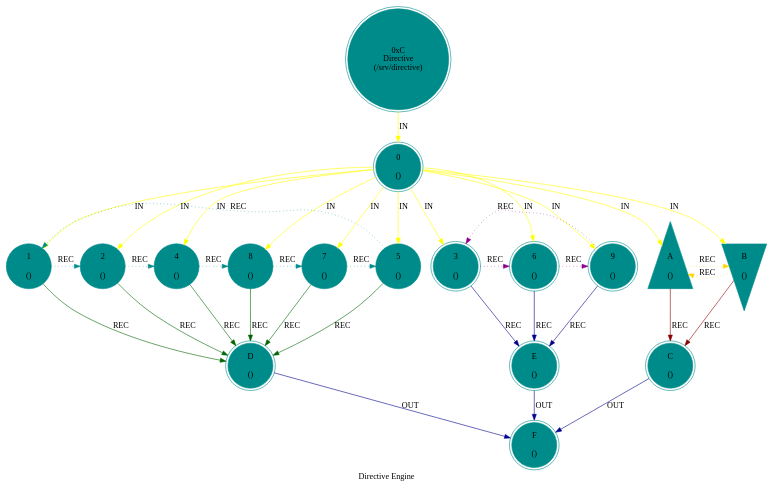
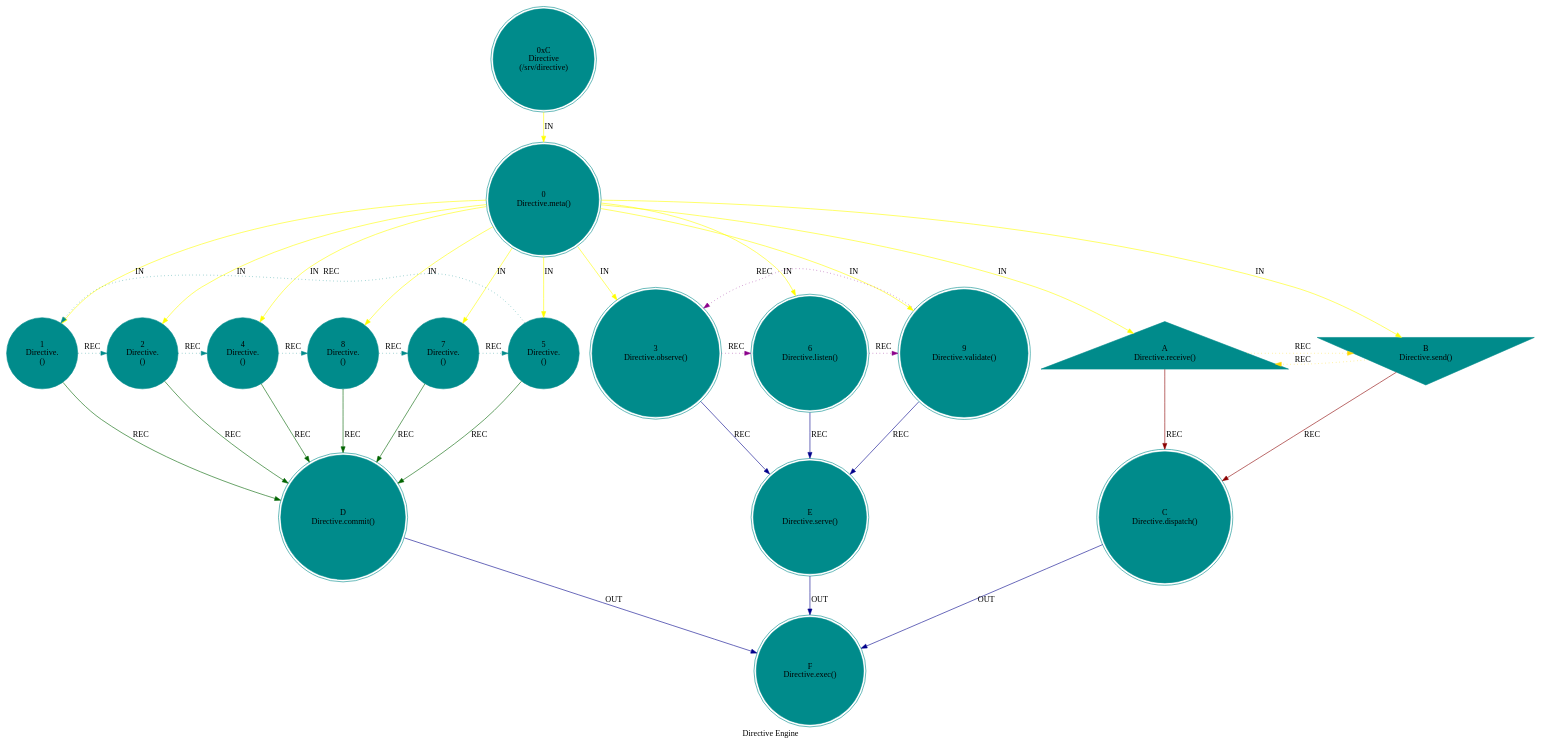
One commit to cilang/mythos changed the diagram in src/core/mythos_srv_directive.dot. Above: the diagram before and after it, drawn with Graphviz. The commit also changed 14 other files, not shown here.

```diff
--- a/src/core/mythos_srv_directive.dot
+++ b/src/core/mythos_srv_directive.dot
@@ -1,44 +1,44 @@
 digraph G {
     label = "Directive Engine";
     style = filled;
     color = red;
     comment = "";
     node [shape = circle; style = filled; color = darkcyan;];
     
     spark_c_mythos_t [label = "0xC\nDirective\n(/srv/directive)";shape = doublecircle;];
     
     // The Sacred 3-6-9 (Boundary of Perception).
     // "If you knew the magnificence of 3, 6, and 9, you would have a key to the universe." — Tesla.
     // The 1-2-4-8-7-5 Vortex (Boundary of Comprehension).
-    spark_0_directive_t [label = "0\n\n()";shape = doublecircle;comment = "";];
-    spark_1_directive_t [label = "1\n\n()";shape = circle;comment = "";];
-    spark_2_directive_t [label = "2\n\n()";shape = circle;comment = "";];
-    spark_4_directive_t [label = "4\n\n()";shape = circle;comment = "";];
-    spark_8_directive_t [label = "8\n\n()";shape = circle;comment = "";];
-    spark_7_directive_t [label = "7\n\n()";shape = circle;comment = "";];
-    spark_5_directive_t [label = "5\n\n()";shape = circle;comment = "";];
-    spark_3_directive_t [label = "3\n\n()";shape = doublecircle;comment = "";];
-    spark_6_directive_t [label = "6\n\n()";shape = doublecircle;comment = "";];
-    spark_9_directive_t [label = "9\n\n()";shape = doublecircle;comment = "";];
-    spark_a_directive_t [label = "A\n\n()";shape = triangle;comment = "";];
-    spark_b_directive_t [label = "B\n\n()";shape = invtriangle;comment = "";];
-    spark_c_directive_t [label = "C\n\n()";shape = doublecircle;comment = "";];
-    spark_d_directive_t [label = "D\n\n()";shape = doublecircle;comment = "";];
-    spark_e_directive_t [label = "E\n\n()";shape = doublecircle;comment = "";];
-    spark_f_directive_t [label = "F\n\n()";shape = doublecircle;comment = "";];
+    spark_0_directive_t [label = "0\nDirective.meta()";shape = doublecircle;comment = "";];
+    spark_1_directive_t [label = "1\nDirective.\n()";shape = circle;comment = "";];
+    spark_2_directive_t [label = "2\nDirective.\n()";shape = circle;comment = "";];
+    spark_4_directive_t [label = "4\nDirective.\n()";shape = circle;comment = "";];
+    spark_8_directive_t [label = "8\nDirective.\n()";shape = circle;comment = "";];
+    spark_7_directive_t [label = "7\nDirective.\n()";shape = circle;comment = "";];
+    spark_5_directive_t [label = "5\nDirective.\n()";shape = circle;comment = "";];
+    spark_3_directive_t [label = "3\nDirective.observe()";shape = doublecircle;comment = "";];
+    spark_6_directive_t [label = "6\nDirective.listen()";shape = doublecircle;comment = "";];
+    spark_9_directive_t [label = "9\nDirective.validate()";shape = doublecircle;comment = "";];
+    spark_a_directive_t [label = "A\nDirective.receive()";shape = triangle;comment = "";];
+    spark_b_directive_t [label = "B\nDirective.send()";shape = invtriangle;comment = "";];
+    spark_c_directive_t [label = "C\nDirective.dispatch()";shape = doublecircle;comment = "";];
+    spark_d_directive_t [label = "D\nDirective.commit()";shape = doublecircle;comment = "";];
+    spark_e_directive_t [label = "E\nDirective.serve()";shape = doublecircle;comment = "`/srv/directive`";];
+    spark_f_directive_t [label = "F\nDirective.exec()";shape = doublecircle;comment = "";];
     
     // IN = Input
     // OUT = Output
     // REC = Recursion
     spark_c_mythos_t -> spark_0_directive_t -> {spark_a_directive_t spark_b_directive_t spark_1_directive_t spark_2_directive_t spark_3_directive_t spark_4_directive_t spark_5_directive_t spark_6_directive_t spark_7_directive_t spark_8_directive_t spark_9_directive_t} [label = "IN"; color = yellow; comment = "";];
     
     {spark_a_directive_t spark_b_directive_t} -> spark_c_directive_t [label = "REC"; color = darkred; comment = "";];
     {spark_1_directive_t spark_2_directive_t spark_4_directive_t spark_8_directive_t spark_7_directive_t spark_5_directive_t} -> spark_d_directive_t [label = "REC"; color = darkgreen; comment = "";];
     {spark_3_directive_t spark_6_directive_t spark_9_directive_t} -> spark_e_directive_t [label = "REC"; color = darkblue; comment = "";];
     
     spark_1_directive_t -> spark_2_directive_t -> spark_4_directive_t -> spark_8_directive_t -> spark_7_directive_t -> spark_5_directive_t -> spark_1_directive_t [label = "REC"; color = darkcyan; comment = ""; style = dotted; constraint = false;];
     spark_3_directive_t -> spark_6_directive_t -> spark_9_directive_t -> spark_3_directive_t [label = "REC"; color = darkmagenta; comment = ""; style = dotted; constraint = false;];
     spark_a_directive_t -> spark_b_directive_t -> spark_a_directive_t [label = "REC"; color = gold; comment = ""; style = dotted; constraint = false;];
     
     {spark_c_directive_t spark_d_directive_t spark_e_directive_t} -> spark_f_directive_t [label = "OUT"; color = darkblue; comment = "";];
 }
```
